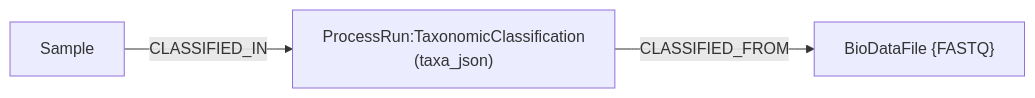
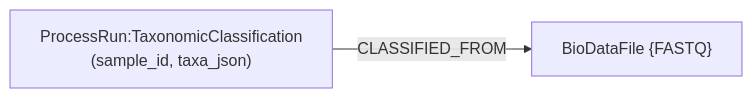
The diagram in README.md (STTLab/NosoGraph), drawn with Mermaid before and after one commit. The commit also changed other lines of this file and 2 other files, not shown here.

First line of the commit message:
fix(kg)!: align kraken2 + BioDataFile templates with the nosograph lib schema

````diff
--- a/README.md
+++ b/README.md
@@ -151,5 +151,5 @@
 ```mermaid
 graph LR
-  S[Sample] -->|CLASSIFIED_IN| TC["ProcessRun:TaxonomicClassification<br/>(taxa_json)"]
+  TC["ProcessRun:TaxonomicClassification<br/>(sample_id, taxa_json)"]
   TC -->|CLASSIFIED_FROM| F["BioDataFile {FASTQ}"]
 ```
````
